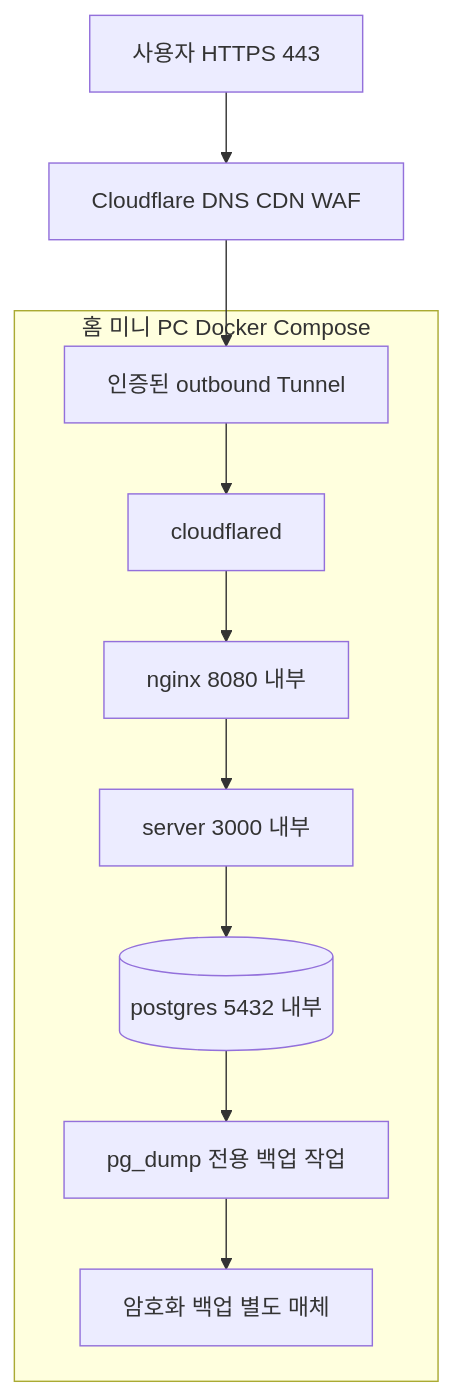
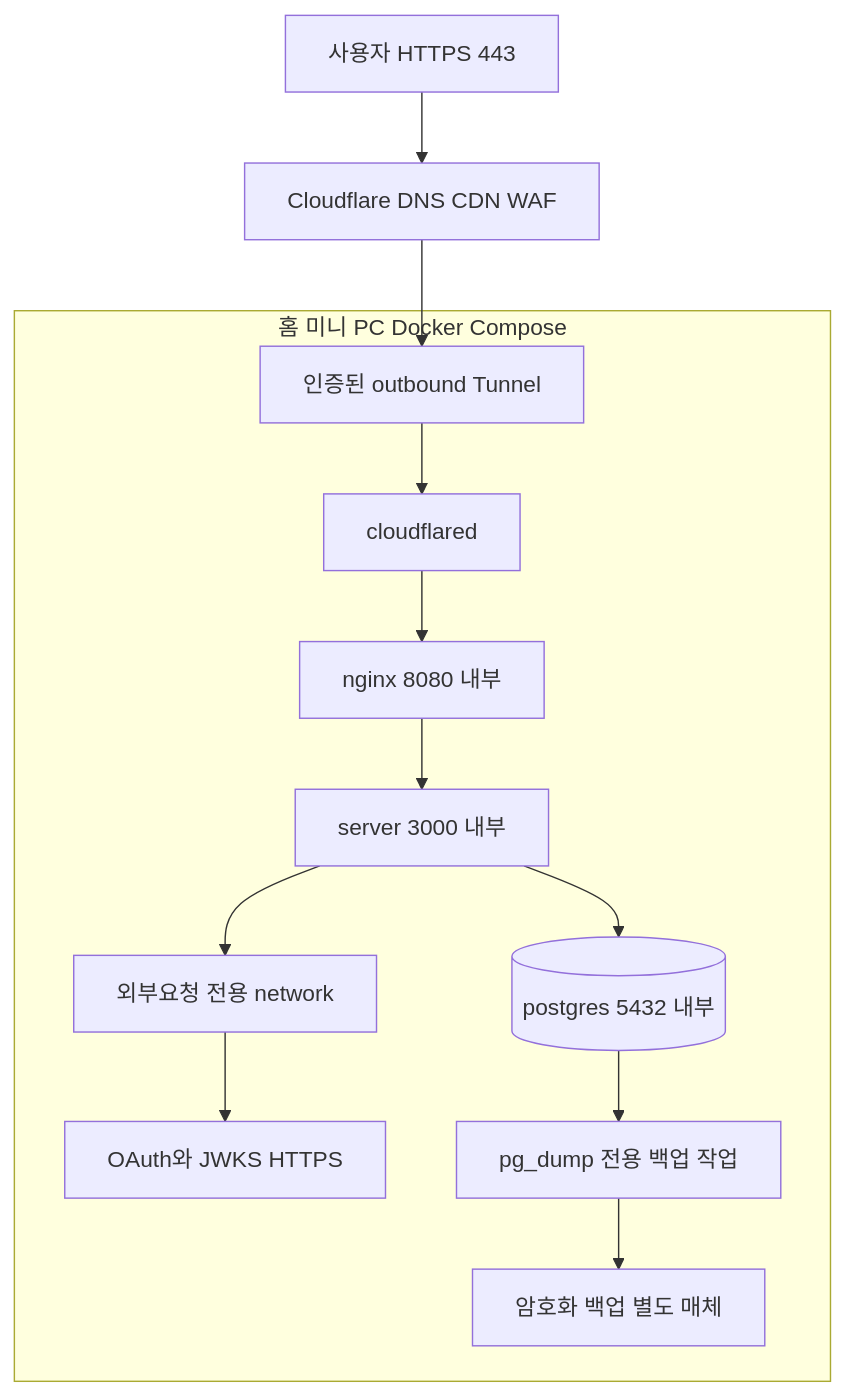
Before and after one commit to crystal23733/search-mine: the diagram in docs/design/02-deployment-network.md, drawn with Mermaid. The commit also changed other lines of this file and 24 other files, not shown here.

````diff
--- a/docs/design/02-deployment-network.md
+++ b/docs/design/02-deployment-network.md
@@ -5,13 +5,15 @@
 ```mermaid
 flowchart TD
   User[사용자 HTTPS 443] --> CF[Cloudflare DNS CDN WAF]
   CF --> Tunnel[인증된 outbound Tunnel]
   subgraph Home[홈 미니 PC Docker Compose]
     Tunnel --> Connector[cloudflared]
     Connector --> Nginx[nginx 8080 내부]
     Nginx --> Server[server 3000 내부]
     Server --> DB[(postgres 5432 내부)]
+    Server --> Egress[외부요청 전용 network]
+    Egress --> Providers[OAuth와 JWKS HTTPS]
     DB --> Dump[pg_dump 전용 백업 작업]
     Dump --> Backup[암호화 백업 별도 매체]
   end
 ```
````
